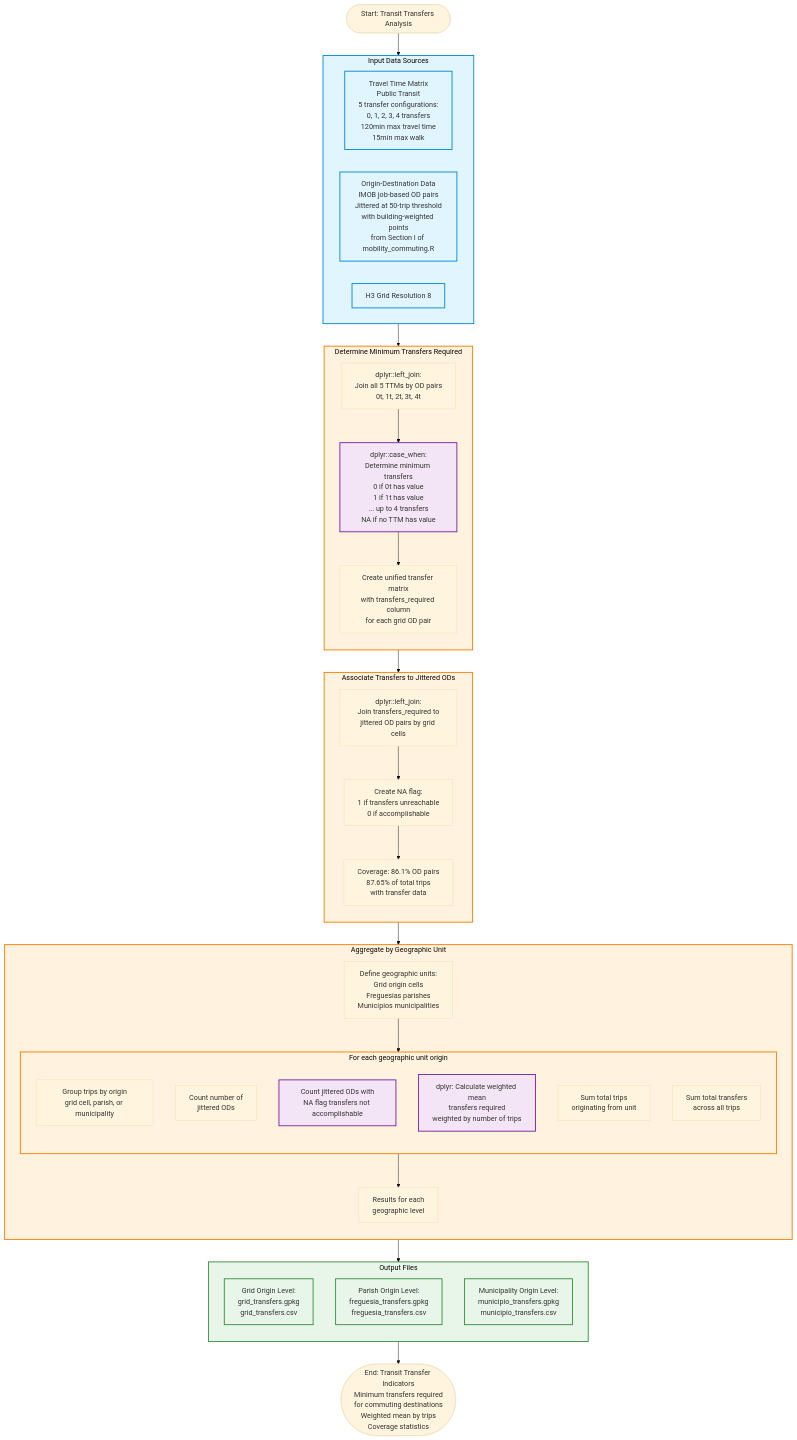
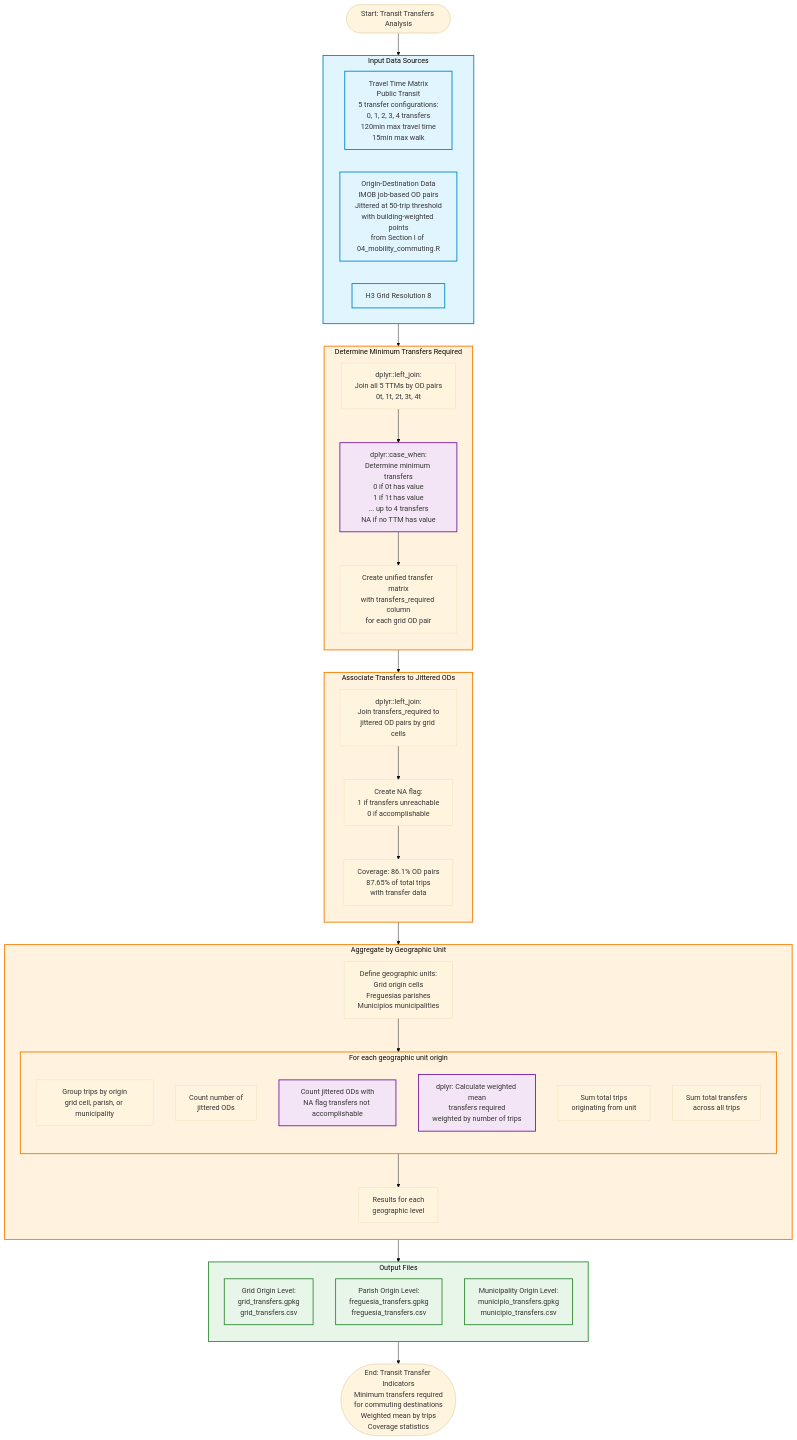
The diagram in code/flow_charts/mobility_commuting_transfers.mermaid (U-Shift/IMPT-data), drawn with Mermaid (base theme) before and after one commit. The commit also changed 23 other files, not shown here.

```diff
--- a/code/flow_charts/mobility_commuting_transfers.mermaid
+++ b/code/flow_charts/mobility_commuting_transfers.mermaid
@@ -1,83 +1,83 @@
 flowchart TB
     Start([Start: Transit Transfers Analysis])
     
     %% Input Data
     subgraph Inputs["Input Data Sources"]
         TTM_Multi[Travel Time Matrix<br/>Public Transit<br/>5 transfer configurations:<br/>0, 1, 2, 3, 4 transfers<br/>120min max travel time<br/>15min max walk]
-        OD[Origin-Destination Data<br/>IMOB job-based OD pairs<br/>Jittered at 50-trip threshold<br/>with building-weighted points<br/>from Section I of mobility_commuting.R]
+        OD[Origin-Destination Data<br/>IMOB job-based OD pairs<br/>Jittered at 50-trip threshold<br/>with building-weighted points<br/>from Section I of 04_mobility_commuting.R]
         Grid[H3 Grid Resolution 8]
     end
     
     Start --> Inputs
     
     %% Determine Minimum Transfers
     Inputs --> DetermineTransfers
     
     subgraph DetermineTransfers["Determine Minimum Transfers Required"]
         direction TB
         JoinTTMs[dplyr::left_join:<br/>Join all 5 TTMs by OD pairs<br/>0t, 1t, 2t, 3t, 4t]
         CascadeLogic[dplyr::case_when:<br/>Determine minimum transfers<br/>0 if 0t has value<br/>1 if 1t has value<br/>... up to 4 transfers<br/>NA if no TTM has value]
         TransferMatrix[Create unified transfer matrix<br/>with transfers_required column<br/>for each grid OD pair]
         
         JoinTTMs --> CascadeLogic
         CascadeLogic --> TransferMatrix
     end
     
     %% Join with Jittering Data
     DetermineTransfers --> JoinJitter
     
     subgraph JoinJitter["Associate Transfers to Jittered ODs"]
         direction TB
         JoinOD[dplyr::left_join:<br/>Join transfers_required to<br/>jittered OD pairs by grid cells]
         FlagNA[Create NA flag:<br/>1 if transfers unreachable<br/>0 if accomplishable]
         Stats[Coverage: 86.1% OD pairs<br/>87.65% of total trips<br/>with transfer data]
         
         JoinOD --> FlagNA
         FlagNA --> Stats
     end
     
     %% Aggregation
     JoinJitter --> Aggregation
     
     subgraph Aggregation["Aggregate by Geographic Unit"]
         direction TB
         GeoUnits[Define geographic units:<br/>Grid origin cells<br/>Freguesias parishes<br/>Municípios municipalities]
         
         subgraph CalcMetrics["For each geographic unit origin"]
             direction TB
             GroupOrigin[Group trips by origin<br/>grid cell, parish, or municipality]
             CountJitters[Count number of<br/>jittered ODs]
             CountNA[Count jittered ODs with<br/>NA flag transfers not accomplishable]
             WeightedMean[dplyr: Calculate weighted mean<br/>transfers required<br/>weighted by number of trips]
             TotalTrips[Sum total trips<br/>originating from unit]
             TotalTransfers[Sum total transfers<br/>across all trips]
         end
         
         GeoUnits --> CalcMetrics
         CalcMetrics --> Results
         
         Results[Results for each<br/>geographic level]
     end
     
     %% Output Files
     Aggregation --> Output
     
     subgraph Output["Output Files"]
         direction TB
         GridOut[Grid Origin Level:<br/>grid_transfers.gpkg<br/>grid_transfers.csv]
         FreqOut[Parish Origin Level:<br/>freguesia_transfers.gpkg<br/>freguesia_transfers.csv]
         MuniOut[Municipality Origin Level:<br/>municipio_transfers.gpkg<br/>municipio_transfers.csv]
     end
     
     Output --> End([End: Transit Transfer Indicators<br/>Minimum transfers required<br/>for commuting destinations<br/>Weighted mean by trips<br/>Coverage statistics])
     
     %% Styling
     classDef inputStyle fill:#e1f5ff,stroke:#0288d1,stroke-width:2px
     classDef processStyle fill:#fff3e0,stroke:#f57c00,stroke-width:2px
     classDef outputStyle fill:#e8f5e9,stroke:#388e3c,stroke-width:2px
     classDef calcStyle fill:#f3e5f5,stroke:#7b1fa2,stroke-width:2px
     
     class TTM_Multi,OD,Grid,Inputs inputStyle
     class DetermineTransfers,JoinJitter,Aggregation,CalcMetrics processStyle
     class Output,GridOut,FreqOut,MuniOut outputStyle
     class CascadeLogic,WeightedMean,CountNA calcStyle
```
